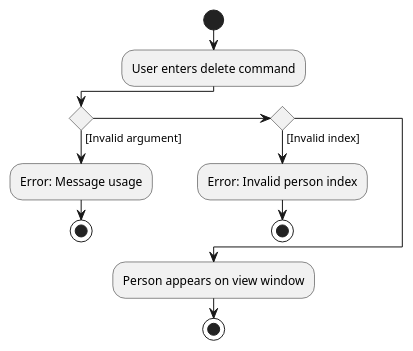
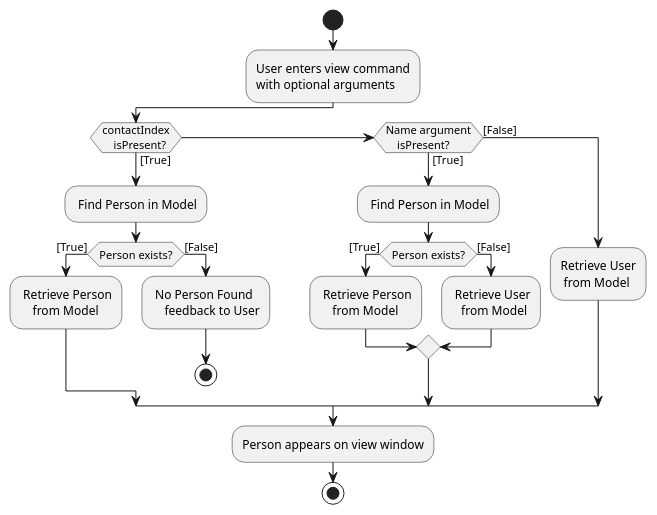
One commit to nus-cs2103-AY2223S2/tp changed the diagram in docs/diagrams/ViewActivityDiagram.puml. Above: the diagram before and after it, drawn with PlantUML. The commit also changed 2 other files, not shown here.

Commit message:
Add Activity diagram for ViewCommand

```diff
--- a/docs/diagrams/ViewActivityDiagram.puml
+++ b/docs/diagrams/ViewActivityDiagram.puml
@@ -1,14 +1,32 @@
 @startuml
 start
-:User enters delete command;
-if () then ([Invalid argument])
-    :Error: Message usage;
-    stop
-elseif () then ([Invalid index])
-    :Error: Invalid person index;
-    stop
-else ()
+:User enters view command
+with optional arguments;
+if (contactIndex
+    isPresent?) then ([True])
+    : Find Person in Model;
+    if (Person exists?) then ([True])
+    : Retrieve Person
+        from Model;
+    else ([False])
+    : No Person Found
+        feedback to User;
+        stop;
+    endif
+elseif (Name argument
+    isPresent?) then ([True])
+    : Find Person in Model;
+    if (Person exists?) then ([True])
+    : Retrieve Person
+        from Model;
+    else ([False])
+    : Retrieve User
+       from Model;
+    endif
+else ([False])
+    :Retrieve User
+     from Model;
 endif
 :Person appears on view window;
 stop
 @enduml
```
